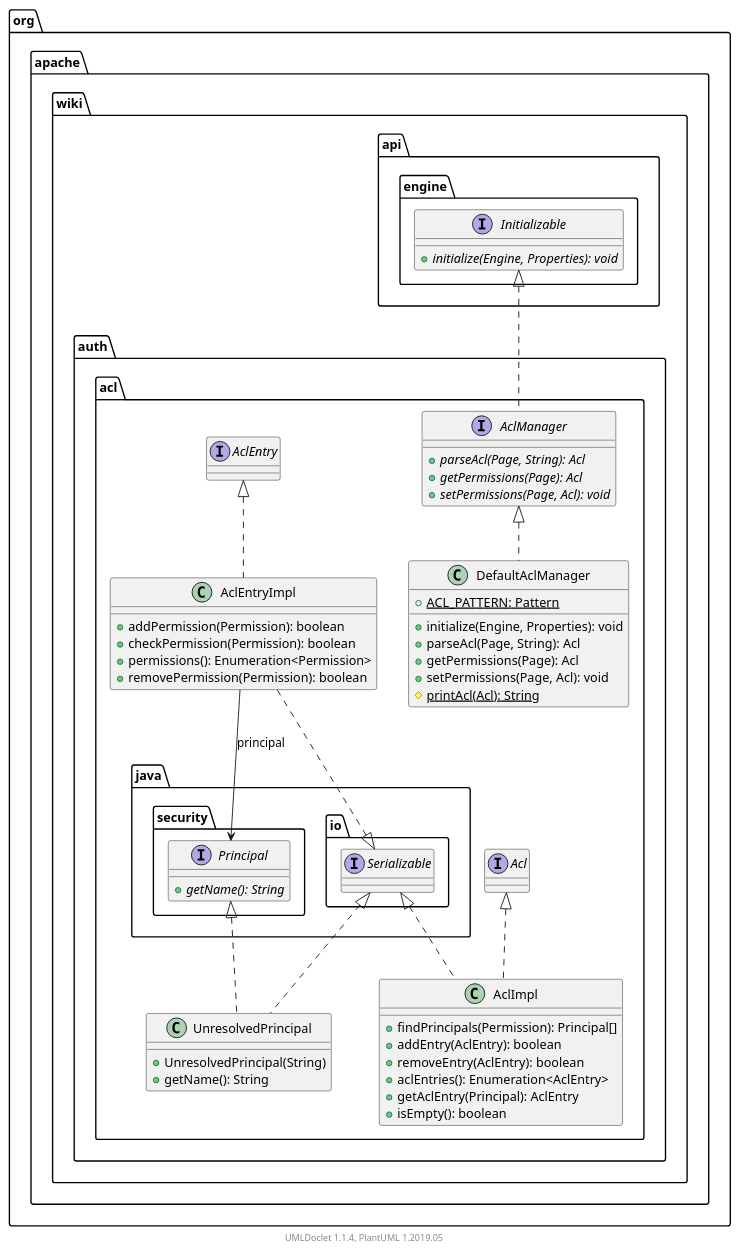
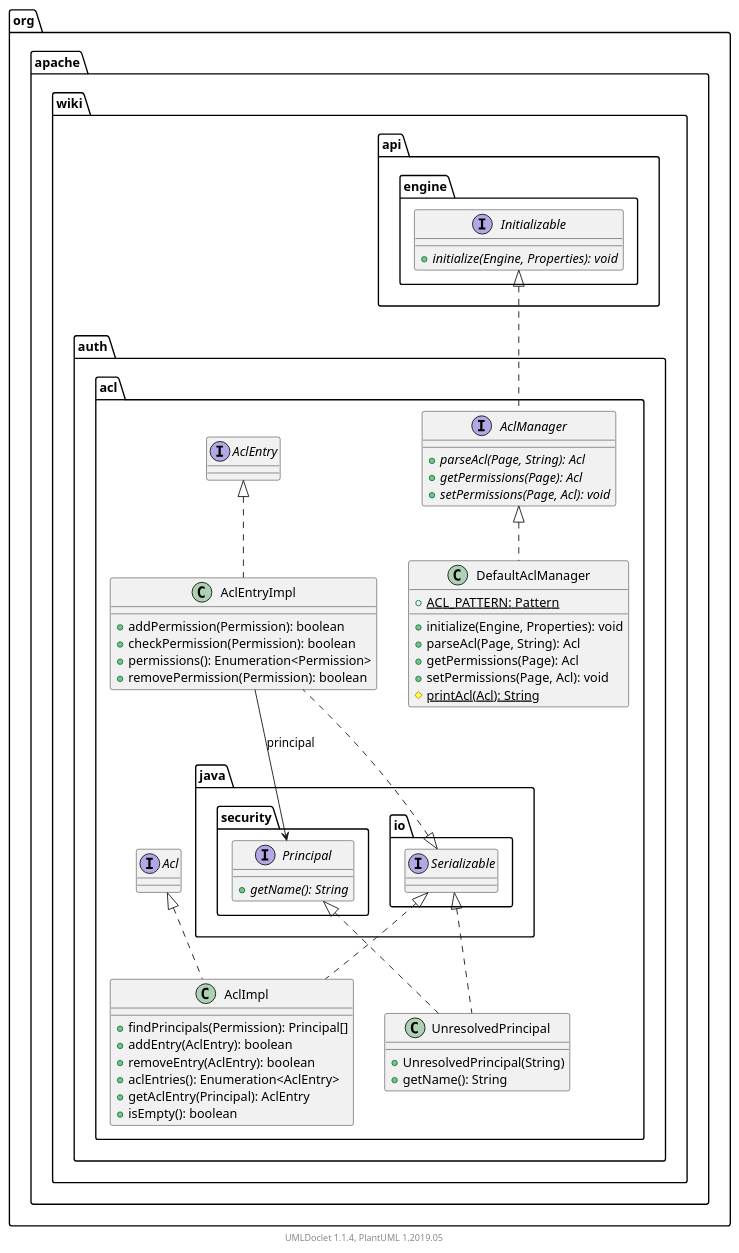
The diagram in apidocs/2.11.0.M7-SNAPSHOT/org/apache/wiki/auth/acl/package.puml (apache/jspwiki-site), drawn with PlantUML before and after one commit. The commit also changed other lines of this file and 1816 other files, not shown here.

```diff
--- a/apidocs/2.11.0.M7-SNAPSHOT/org/apache/wiki/auth/acl/package.puml
+++ b/apidocs/2.11.0.M7-SNAPSHOT/org/apache/wiki/auth/acl/package.puml
@@ -1,72 +1,72 @@
 @startuml
 
     namespace org.apache.wiki.auth.acl {
-
-        class UnresolvedPrincipal [[UnresolvedPrincipal.html]] {
-            +UnresolvedPrincipal(String)
-            +getName(): String
-        }
-
-        class AclImpl [[AclImpl.html]] {
-            +findPrincipals(Permission): Principal[]
-            +addEntry(AclEntry): boolean
-            +removeEntry(AclEntry): boolean
-            +aclEntries(): Enumeration<AclEntry>
-            +getAclEntry(Principal): AclEntry
-            +isEmpty(): boolean
-        }
 
         interface AclManager [[AclManager.html]] {
             {abstract} +parseAcl(Page, String): Acl
             {abstract} +getPermissions(Page): Acl
             {abstract} +setPermissions(Page, Acl): void
+        }
+
+        class UnresolvedPrincipal [[UnresolvedPrincipal.html]] {
+            +UnresolvedPrincipal(String)
+            +getName(): String
         }
 
         class DefaultAclManager [[DefaultAclManager.html]] {
             {static} +ACL_PATTERN: Pattern
             +initialize(Engine, Properties): void
             +parseAcl(Page, String): Acl
             +getPermissions(Page): Acl
             +setPermissions(Page, Acl): void
             {static} #printAcl(Acl): String
         }
 
         class AclEntryImpl [[AclEntryImpl.html]] {
             +addPermission(Permission): boolean
             +checkPermission(Permission): boolean
             +permissions(): Enumeration<Permission>
             +removePermission(Permission): boolean
         }
 
+        class AclImpl [[AclImpl.html]] {
+            +findPrincipals(Permission): Principal[]
+            +addEntry(AclEntry): boolean
+            +removeEntry(AclEntry): boolean
+            +aclEntries(): Enumeration<AclEntry>
+            +getAclEntry(Principal): AclEntry
+            +isEmpty(): boolean
+        }
+
+        interface org.apache.wiki.api.engine.Initializable {
+            {abstract} +initialize(Engine, Properties): void
+        }
+        org.apache.wiki.api.engine.Initializable <|.. AclManager
+
         interface java.security.Principal {
             {abstract} +getName(): String
         }
         java.security.Principal <|.. UnresolvedPrincipal
 
         interface java.io.Serializable
         java.io.Serializable <|.. UnresolvedPrincipal
 
-        interface Acl
-        Acl <|.. AclImpl
-
-        java.io.Serializable <|.. AclImpl
-
-        interface org.apache.wiki.api.engine.Initializable {
-            {abstract} +initialize(Engine, Properties): void
-        }
-        org.apache.wiki.api.engine.Initializable <|.. AclManager
-
         AclManager <|.. DefaultAclManager
 
         interface AclEntry
         AclEntry <|.. AclEntryImpl
 
         java.io.Serializable <|.. AclEntryImpl
+
+        interface Acl
+        Acl <|.. AclImpl
+
+        java.io.Serializable <|.. AclImpl
 
         AclEntryImpl --> java.security.Principal: principal
 
     }
 
 
     center footer UMLDoclet 1.1.4, PlantUML 1.2019.05
 @enduml
```
